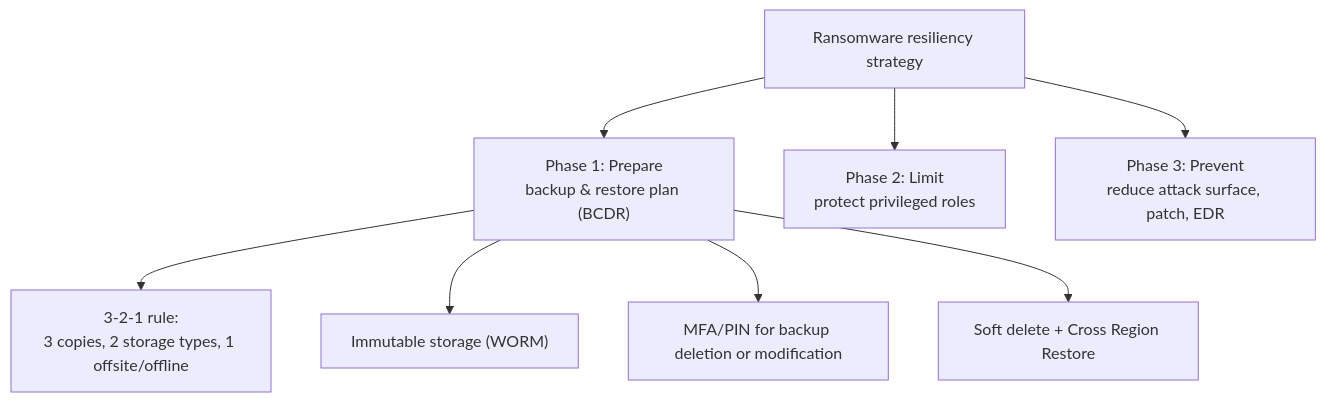
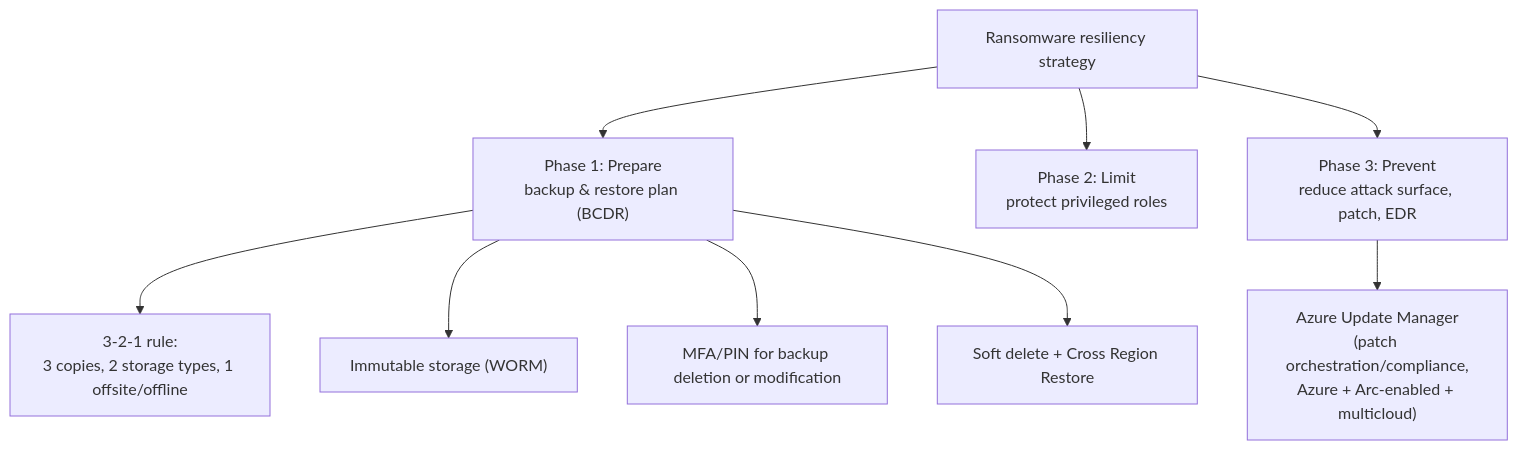
One commit to DhruvKai/SC-100 changed the first of 2 diagrams in 01 Security Strategy/Ransomware Resiliency and BCDR.md. Above: the diagram before and after it, drawn with Mermaid. The commit also changed other lines of this file and 21 other files, not shown here.

````diff
--- a/01 Security Strategy/Ransomware Resiliency and BCDR.md
+++ b/01 Security Strategy/Ransomware Resiliency and BCDR.md
@@ -42,11 +42,12 @@
 ```mermaid
 flowchart TD
     R["Ransomware resiliency strategy"] --> P1["Phase 1: Prepare<br/>backup & restore plan (BCDR)"]
     R --> P2["Phase 2: Limit<br/>protect privileged roles"]
     R --> P3["Phase 3: Prevent<br/>reduce attack surface, patch, EDR"]
+    P3 --> UM["Azure Update Manager<br/>(patch orchestration/compliance,<br/>Azure + Arc-enabled + multicloud)"]
 
     P1 --> B1["3-2-1 rule:<br/>3 copies, 2 storage types, 1 offsite/offline"]
     P1 --> B2["Immutable storage (WORM)"]
     P1 --> B3["MFA/PIN for backup deletion or modification"]
     P1 --> B4["Soft delete + Cross Region Restore"]
 ```
````
